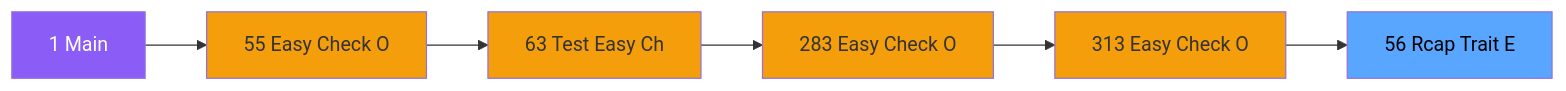
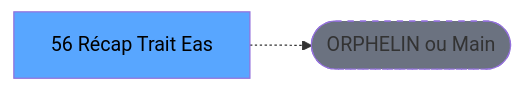
Before and after one commit to thonyAGP/lecteur-magic: the second of 3 diagrams in .openspec/renders/ADH-IDE-56.md, drawn with Mermaid. The commit also changed other lines of this file and 701 other files, not shown here.

````diff
--- a/.openspec/renders/ADH-IDE-56.md
+++ b/.openspec/renders/ADH-IDE-56.md
@@ -122,20 +122,8 @@
 ```mermaid
 graph LR
-    M[1 Main]
-    N55[55 Easy Check O]
-    N63[63 Test Easy Ch]
-    N283[283 Easy Check O]
-    N313[313 Easy Check O]
-    T[56 Rcap Trait E]
-    M --> N55
-    N55 --> N63
-    N63 --> N283
-    N283 --> N313
-    N313 --> T
-    style M fill:#8b5cf6,color:#fff
-    style N55 fill:#f59e0b
-    style N63 fill:#f59e0b
-    style N283 fill:#f59e0b
-    style N313 fill:#f59e0b
+    T[56 Récap Trait Eas]
+    ORPHAN([ORPHELIN ou Main])
+    T -.-> ORPHAN
     style T fill:#58a6ff,color:#000
+    style ORPHAN fill:#6b7280,stroke-dasharray: 5 5
 ```
````
